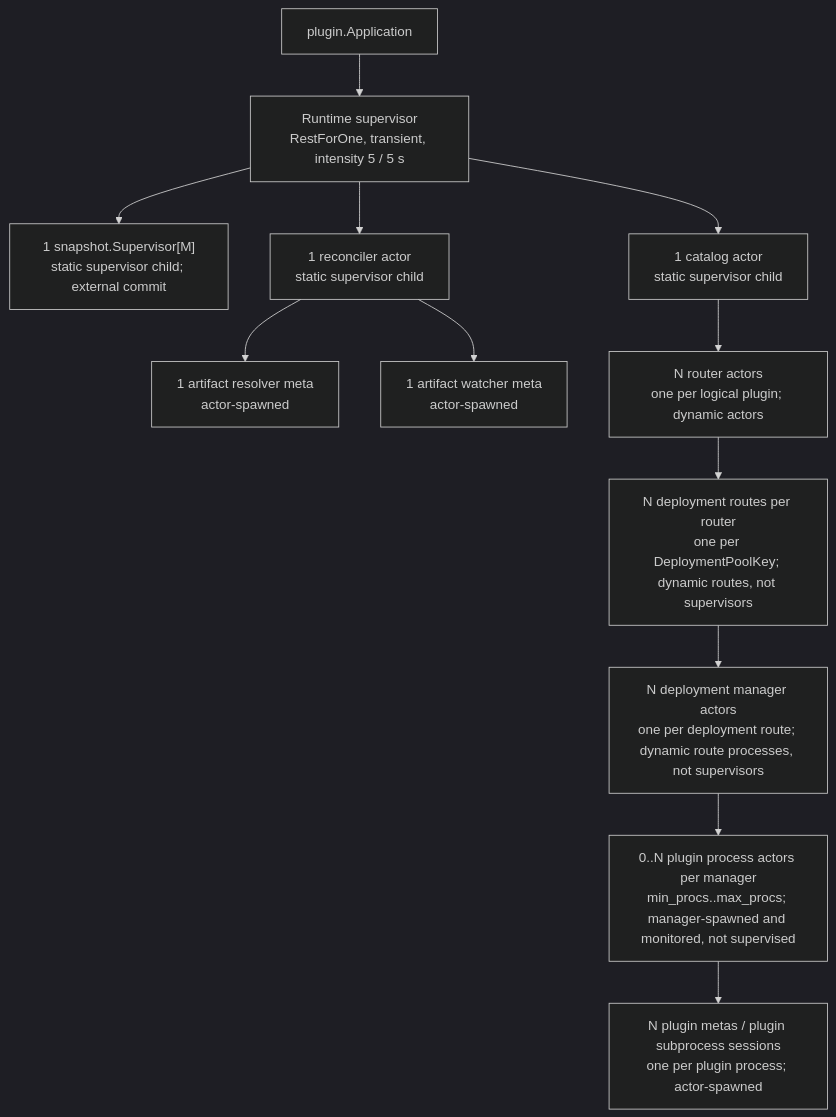
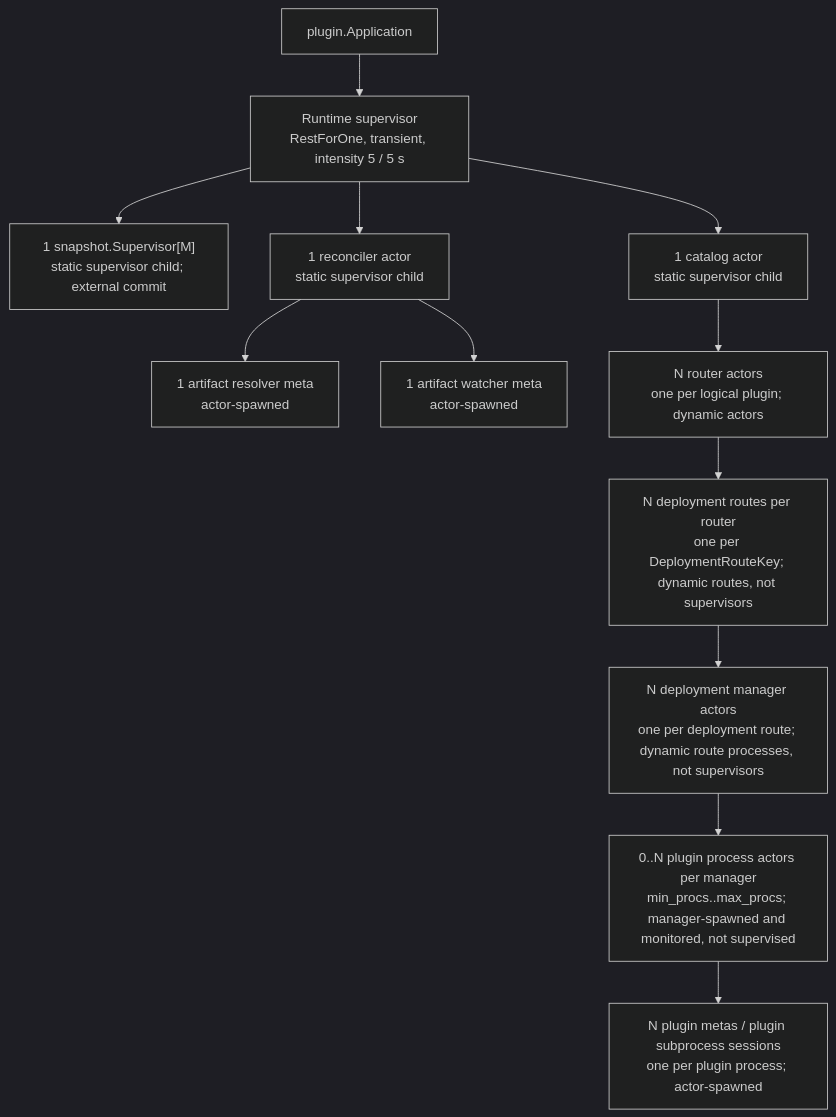
The first of 14 diagrams in docs/internals/plugin-runtime.md (HarishHary/blink), drawn with Mermaid (dark theme) before and after one commit. The commit also changed other lines of this file and 6 other files, not shown here.

````diff
--- a/docs/internals/plugin-runtime.md
+++ b/docs/internals/plugin-runtime.md
@@ -9,22 +11,22 @@
 ```mermaid
 flowchart TB
   app["plugin.Application"]
   supervisor["Runtime supervisor\nRestForOne, transient, intensity 5 / 5 s"]
   snapshot["1 snapshot.Supervisor[M]\nstatic supervisor child; external commit"]
   reconciler["1 reconciler actor\nstatic supervisor child"]
   resolver["1 artifact resolver meta\nactor-spawned"]
   watcher["1 artifact watcher meta\nactor-spawned"]
   catalog["1 catalog actor\nstatic supervisor child"]
   routers["N router actors\none per logical plugin; dynamic actors"]
-  routes["N deployment routes per router\none per DeploymentPoolKey; dynamic routes, not supervisors"]
+  routes["N deployment routes per router\none per DeploymentRouteKey; dynamic routes, not supervisors"]
   managers["N deployment manager actors\none per deployment route; dynamic route processes, not supervisors"]
   procs["0..N plugin process actors per manager\nmin_procs..max_procs; manager-spawned and monitored, not supervised"]
   metas["N plugin metas / plugin subprocess sessions\none per plugin process; actor-spawned"]
   app --> supervisor
   supervisor --> snapshot
   supervisor --> reconciler
   supervisor --> catalog
   reconciler --> resolver
   reconciler --> watcher
   catalog --> routers --> routes --> managers --> procs --> metas
 ```
````
